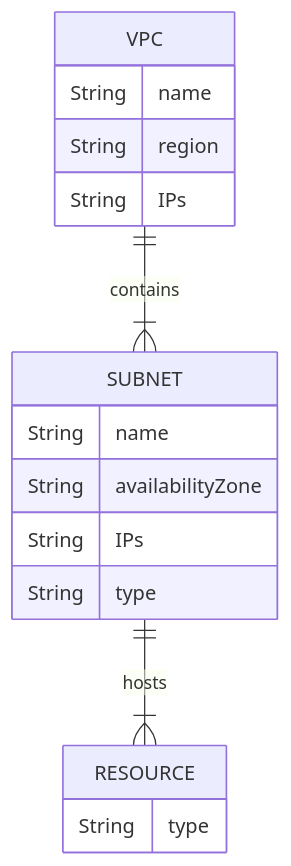
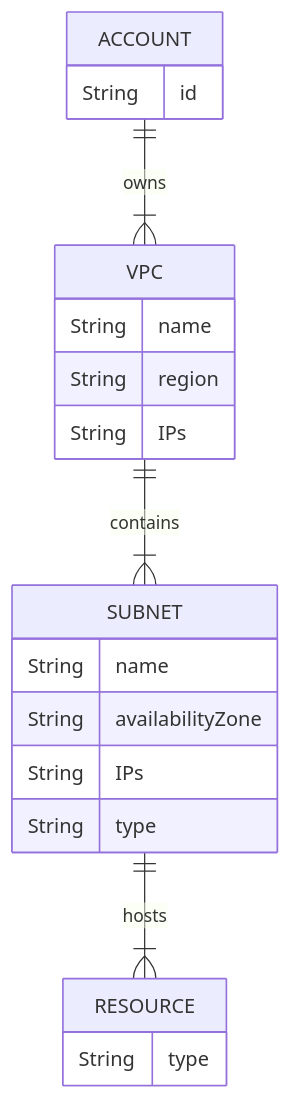
Before and after one commit to conmaol/maglocunus: the third of 6 diagrams in v/VPCs.md, drawn with Mermaid. The commit also changed other lines of this file, not shown here.

First line of the commit message:
Enhance VPC documentation clarity and examples

````diff
--- a/v/VPCs.md
+++ b/v/VPCs.md
@@ -63,19 +68,21 @@
 ```mermaid
 erDiagram
+    ACCOUNT ||--|{ VPC : owns
     VPC ||--|{ SUBNET : contains
+    ACCOUNT { String id}
     VPC {
       String name
       String region
       String IPs
     }
     SUBNET {
       String name
       String availabilityZone
       String IPs
       String type
     }
     SUBNET ||--|{ RESOURCE : hosts
     RESOURCE {
       String type
     }
 ```
````
